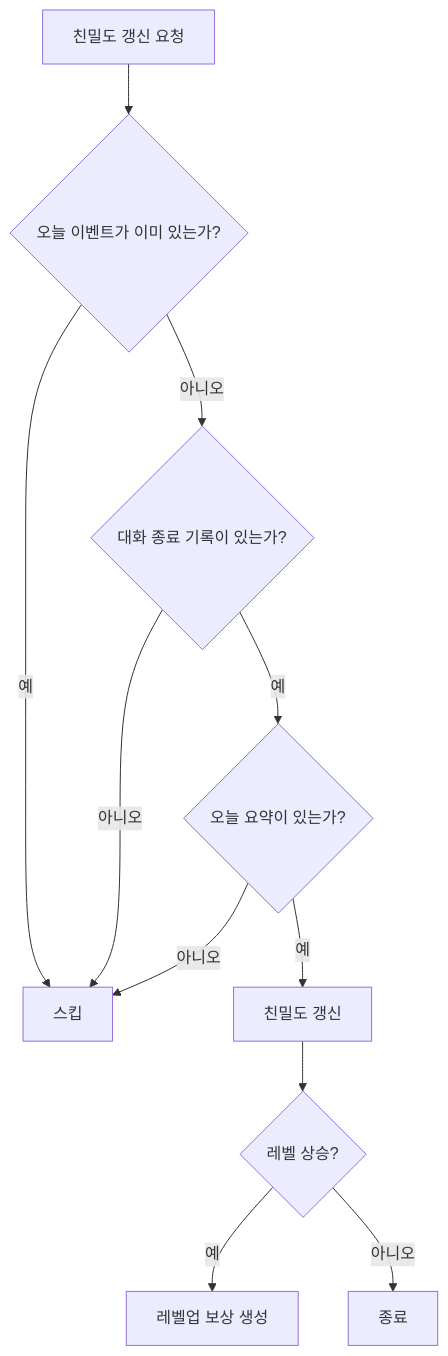
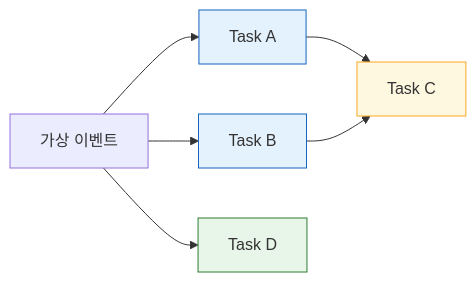
The sixth of 10 diagrams in _posts/2026-06-29-ai-conversation-post-processing-pipeline.md (jiwon11/jiwon11.github.io), drawn with Mermaid before and after one commit. The commit also changed other lines of this file and 4 other files, not shown here.

```diff
--- a/_posts/2026-06-29-ai-conversation-post-processing-pipeline.md
+++ b/_posts/2026-06-29-ai-conversation-post-processing-pipeline.md
@@ -430,13 +211,14 @@
 ~~~mermaid
-flowchart TD
-    A["친밀도 갱신 요청"] --> B{오늘 이벤트가 이미 있는가?}
-    B -->|예| X["스킵"]
-    B -->|아니오| C{대화 종료 기록이 있는가?}
-    C -->|아니오| X
-    C -->|예| D{오늘 요약이 있는가?}
-    D -->|아니오| X
-    D -->|예| E["친밀도 갱신"]
-    E --> F{레벨 상승?}
-    F -->|예| G["레벨업 보상 생성"]
-    F -->|아니오| H["종료"]
+flowchart LR
+    E["가상 이벤트"]
+    E --> A["Task A"]
+    E --> B["Task B"]
+    A --> C["Task C"]
+    B --> C
+    E --> D["Task D"]
+
+    style A fill:#e3f2fd,stroke:#1565c0
+    style B fill:#e3f2fd,stroke:#1565c0
+    style C fill:#fff8e1,stroke:#f9a825
+    style D fill:#e8f5e9,stroke:#2e7d32
 ~~~
```
